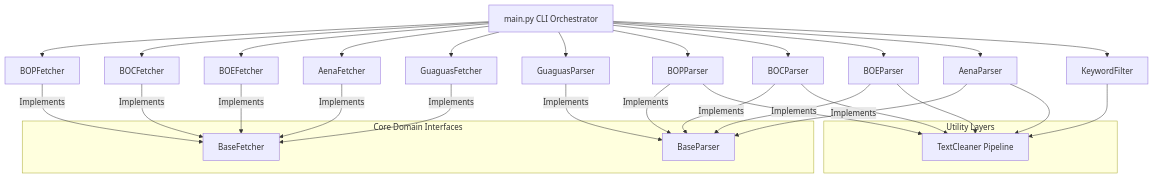
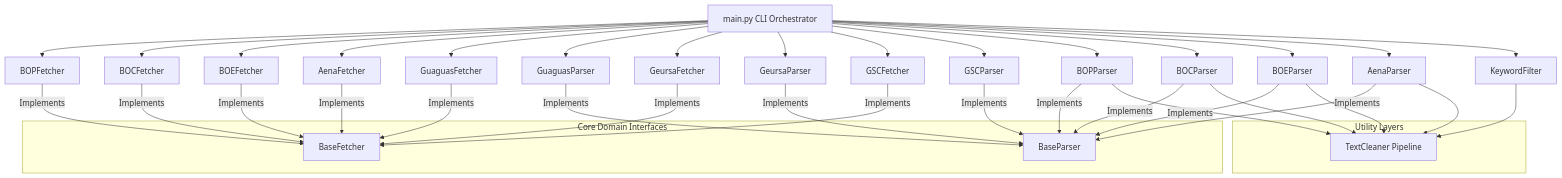
One commit to alejandroqs/job-finder changed the diagram in README.md. Above: the diagram before and after it, drawn with Mermaid. The commit also changed other lines of this file and 25 other files, not shown here.

````diff
--- a/README.md
+++ b/README.md
@@ -22,40 +22,48 @@
 ```mermaid
 graph TD
     CLI[main.py CLI Orchestrator] --> BOPFetcher[BOPFetcher]
     CLI --> BOCFetcher[BOCFetcher]
     CLI --> BOEFetcher[BOEFetcher]
     CLI --> AenaFetcher[AenaFetcher]
     CLI --> GuaguasFetcher[GuaguasFetcher]
     CLI --> GuaguasParser[GuaguasParser]
+    CLI --> GeursaFetcher[GeursaFetcher]
+    CLI --> GeursaParser[GeursaParser]
+    CLI --> GSCFetcher[GSCFetcher]
+    CLI --> GSCParser[GSCParser]
     CLI --> BOPParser[BOPParser]
     CLI --> BOCParser[BOCParser]
     CLI --> BOEParser[BOEParser]
     CLI --> AenaParser[AenaParser]
     CLI --> Filter[KeywordFilter]
     
     subgraph Core Domain Interfaces
         IFetcher[BaseFetcher]
         IParser[BaseParser]
     end
     
     BOPFetcher -- Implements --> IFetcher
     BOCFetcher -- Implements --> IFetcher
     BOEFetcher -- Implements --> IFetcher
     AenaFetcher -- Implements --> IFetcher
     BOPParser -- Implements --> IParser
     BOCParser -- Implements --> IParser
     BOEParser -- Implements --> IParser
     AenaParser -- Implements --> IParser
     GuaguasFetcher -- Implements --> IFetcher
     GuaguasParser -- Implements --> IParser
+    GeursaFetcher -- Implements --> IFetcher
+    GeursaParser -- Implements --> IParser
+    GSCFetcher -- Implements --> IFetcher
+    GSCParser -- Implements --> IParser
     
     subgraph Utility Layers
         Cleaner[TextCleaner Pipeline]
     end
     
     BOPParser --> Cleaner
     BOCParser --> Cleaner
     BOEParser --> Cleaner
     AenaParser --> Cleaner
     Filter --> Cleaner
 ```
````
